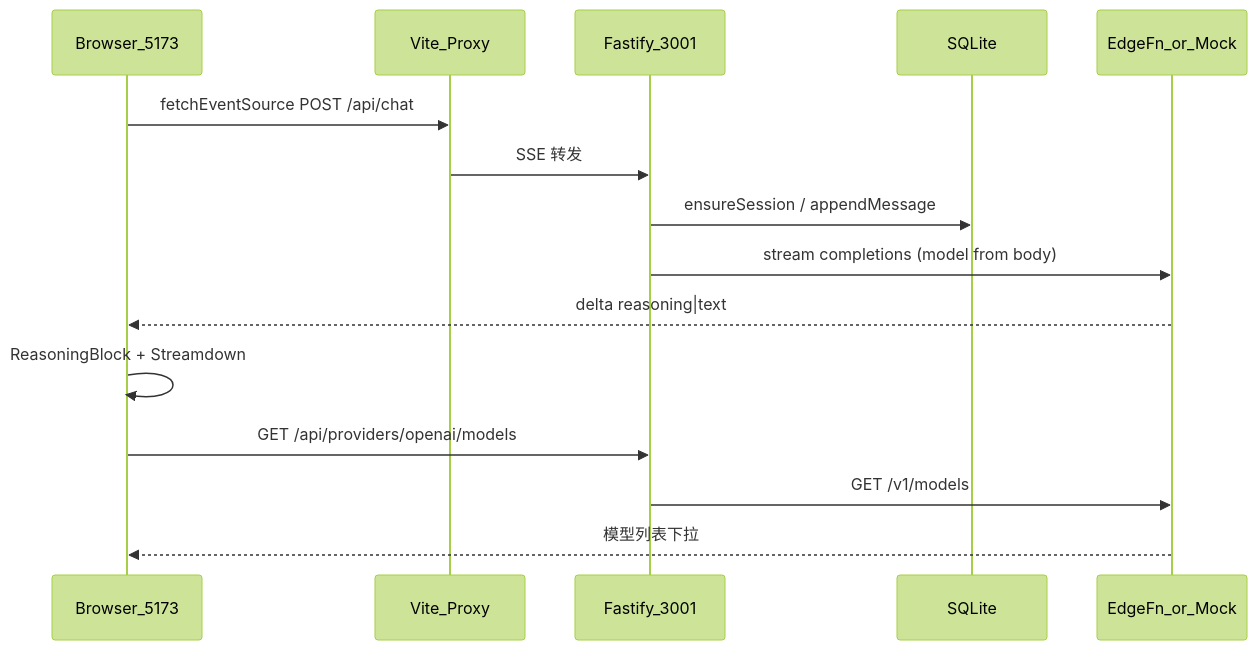
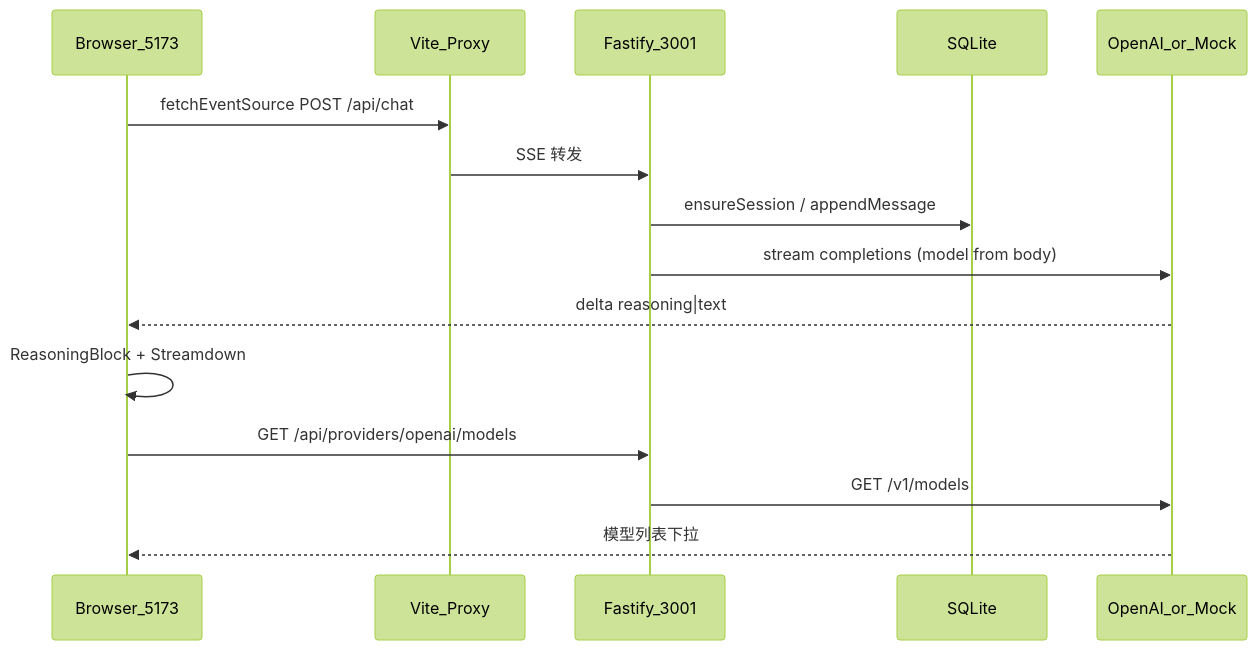
The first of 3 diagrams in docs/plan.md (sowee121/xx-chat-ai), drawn with Mermaid (forest theme) before and after one commit. The commit also changed other lines of this file and 2 other files, not shown here.

````diff
--- a/docs/plan.md
+++ b/docs/plan.md
@@ -169,18 +169,18 @@
 ```mermaid
 sequenceDiagram
     participant Browser as Browser_5173
     participant Vite as Vite_Proxy
     participant API as Fastify_3001
     participant DB as SQLite
-    participant LLM as EdgeFn_or_Mock
+    participant LLM as OpenAI_or_Mock
 
     Browser->>Vite: fetchEventSource POST /api/chat
     Vite->>API: SSE 转发
     API->>DB: ensureSession / appendMessage
     API->>LLM: stream completions (model from body)
     LLM-->>Browser: delta reasoning|text
     Browser->>Browser: ReasoningBlock + Streamdown
     Browser->>API: GET /api/providers/openai/models
     API->>LLM: GET /v1/models
     LLM-->>Browser: 模型列表下拉
 ```
````
